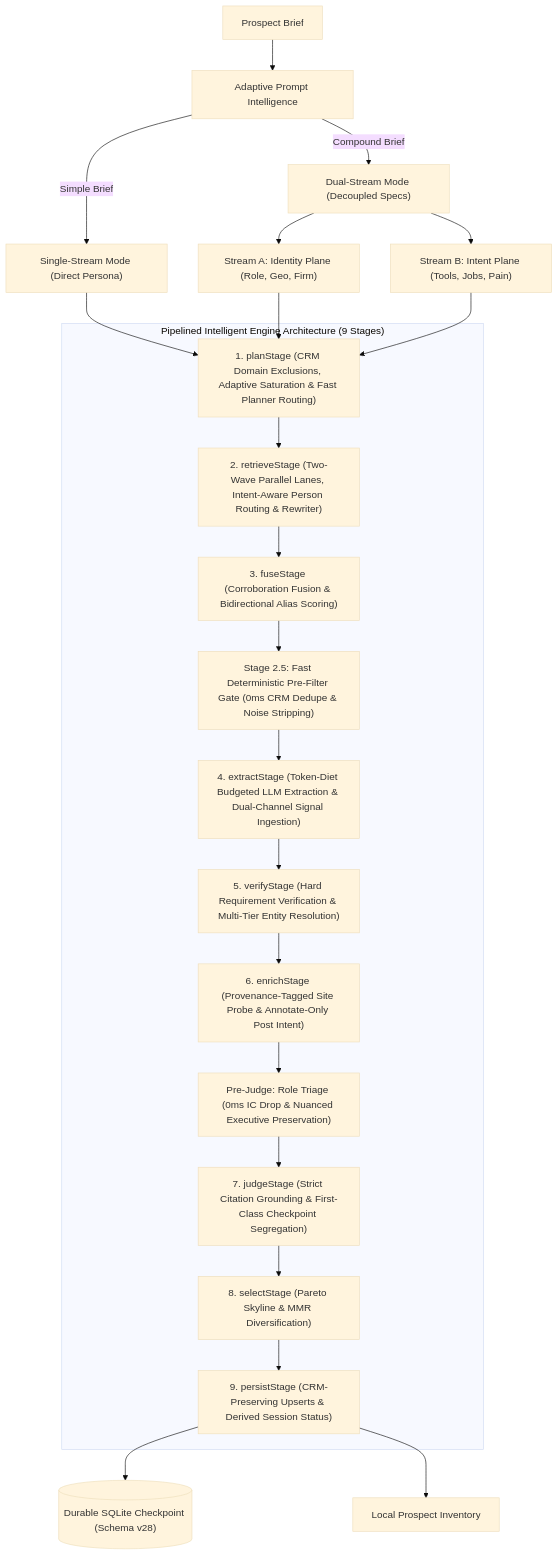
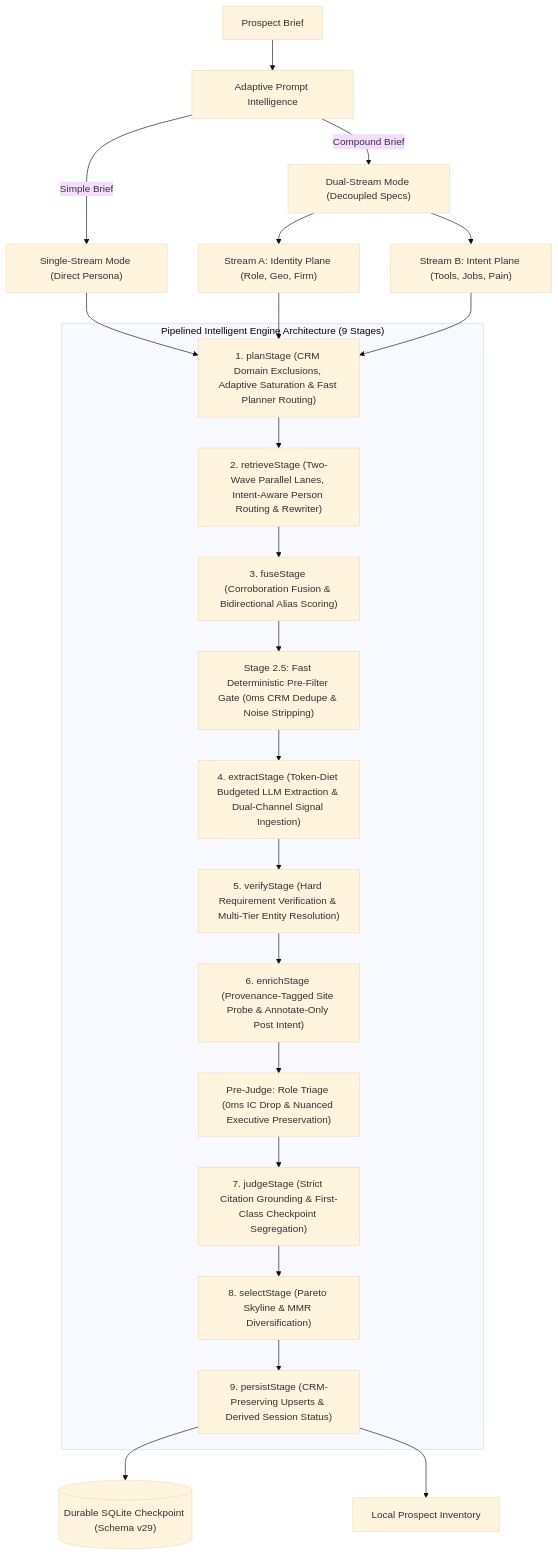
Before and after one commit to AliasHolmes/Apex-CRM: the first of 2 diagrams in README.md, drawn with Mermaid (base theme). The commit also changed other lines of this file and 25 other files, not shown here.

Commit message:
feat(schema): advance to Schema v29, extract socket guard, and harden cross-path dedupe symmetry

````diff
--- a/README.md
+++ b/README.md
@@ -45,31 +45,31 @@
 ```mermaid
 flowchart TD
     Brief["Prospect Brief"] --> Classifier["Adaptive Prompt Intelligence"]
     Classifier -->|Simple Brief| StreamIdentity["Single-Stream Mode (Direct Persona)"]
     Classifier -->|Compound Brief| StreamDual["Dual-Stream Mode (Decoupled Specs)"]
     StreamDual --> StreamA["Stream A: Identity Plane (Role, Geo, Firm)"]
     StreamDual --> StreamB["Stream B: Intent Plane (Tools, Jobs, Pain)"]
 
     subgraph Stages ["Pipelined Intelligent Engine Architecture (9 Stages)"]
         Plan["1. planStage (CRM Domain Exclusions, Adaptive Saturation & Fast Planner Routing)"]
         Retrieve["2. retrieveStage (Two-Wave Parallel Lanes, Intent-Aware Person Routing & Rewriter)"]
         Fuse["3. fuseStage (Corroboration Fusion & Bidirectional Alias Scoring)"]
         PreFilter["Stage 2.5: Fast Deterministic Pre-Filter Gate (0ms CRM Dedupe & Noise Stripping)"]
         Extract["4. extractStage (Token-Diet Budgeted LLM Extraction & Dual-Channel Signal Ingestion)"]
         Verify["5. verifyStage (Hard Requirement Verification & Multi-Tier Entity Resolution)"]
         Enrich["6. enrichStage (Provenance-Tagged Site Probe & Annotate-Only Post Intent)"]
         PreJudge["Pre-Judge: Role Triage (0ms IC Drop & Nuanced Executive Preservation)"]
         Judge["7. judgeStage (Strict Citation Grounding & First-Class Checkpoint Segregation)"]
         Select["8. selectStage (Pareto Skyline & MMR Diversification)"]
         Persist["9. persistStage (CRM-Preserving Upserts & Derived Session Status)"]
 
         Plan --> Retrieve --> Fuse --> PreFilter --> Extract --> Verify --> Enrich --> PreJudge --> Judge --> Select --> Persist
     end
 
     StreamIdentity --> Plan
     StreamA --> Plan
     StreamB --> Plan
 
-    Persist --> Checkpoint[("Durable SQLite Checkpoint (Schema v28)")]
+    Persist --> Checkpoint[("Durable SQLite Checkpoint (Schema v29)")]
     Persist --> Inventory["Local Prospect Inventory"]
 ```
````
